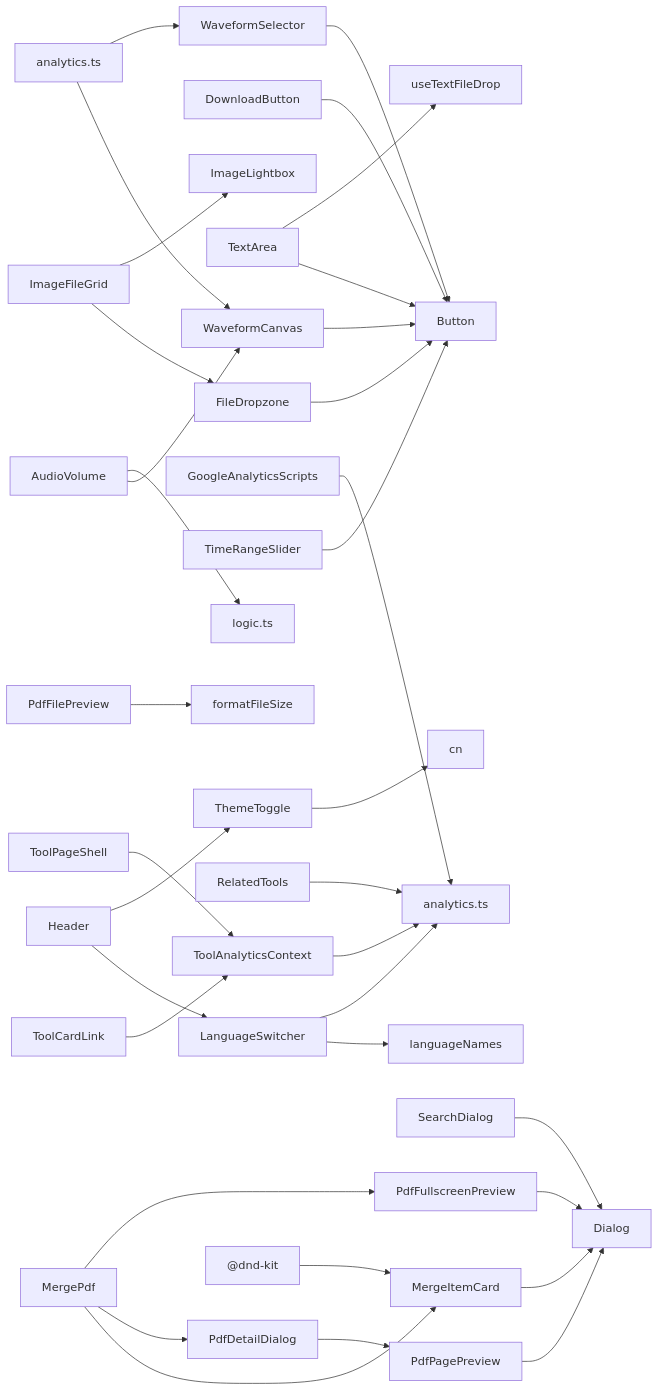
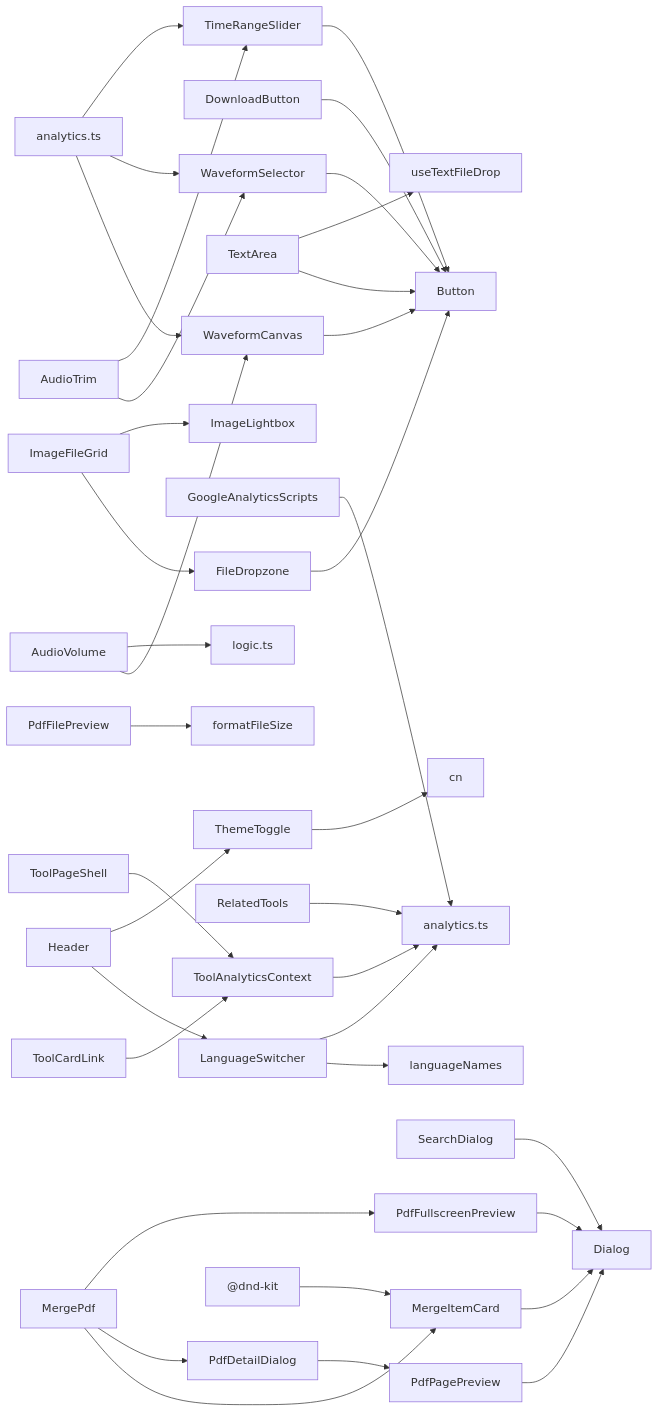
One commit to sgyy/privadeck changed the seventh of 7 diagrams in .qoder/repowiki/zh/content/UI组件系统/共享组件/共享组件.md. Above: the diagram before and after it, drawn with Mermaid. The commit also changed other lines of this file and 2 other files, not shown here.

First line of the commit message:
feat(audio): 新增音频波形可视化及时间范围选择组件

````diff
--- a/.qoder/repowiki/zh/content/UI组件系统/共享组件/共享组件.md
+++ b/.qoder/repowiki/zh/content/UI组件系统/共享组件/共享组件.md
@@ -1491,36 +1552,39 @@
 ```mermaid
 graph LR
 FDZ["FileDropzone"] --> BTN["Button"]
 DLB["DownloadButton"] --> BTN
 IFG["ImageFileGrid"] --> FDZ
 IFG --> ILB["ImageLightbox"]
 TA["TextArea"] --> BTN
 TA --> UTEXT["useTextFileDrop"]
 TT["ThemeToggle"] --> CN["cn"]
 LS["LanguageSwitcher"] --> LANGNAMES["languageNames"]
 LS --> ANALYTICS["analytics.ts"]
 SD["SearchDialog"] --> DLG["Dialog"]
 HDR["Header"] --> LS
 HDR --> TT
 GAS["GoogleAnalyticsScripts"] --> ANALYTICS
 TRS["TimeRangeSlider"] --> BTN
 PFP["PdfFullscreenPreview"] --> DLG
 PFPV["PdfFilePreview"] --> FS["formatFileSize"]
 PPP["PdfPagePreview"] --> DLG
 MIC["MergeItemCard"] --> DLG
 PDD["PdfDetailDialog"] --> PPP
 MPDF["MergePdf"] --> MIC
 MPDF --> PDD
 MPDF --> PFP
 TAC["ToolAnalyticsContext"] --> ANALYTICS
 TCL["ToolCardLink"] --> TAC
 TPS["ToolPageShell"] --> TAC
 RT["RelatedTools"] --> ANALYTICS
 WFC["WaveformCanvas"] --> BTN
 WFS["WaveformSelector"] --> BTN
 AV["AudioVolume"] --> WFC
 AV --> LOGIC["logic.ts"]
+AT["AudioTrim"] --> WFS
+AT --> TRS
 AN["analytics.ts"] --> WFC
 AN --> WFS
+AN --> TRS
 DK["@dnd-kit"] --> MIC
 ```
````
